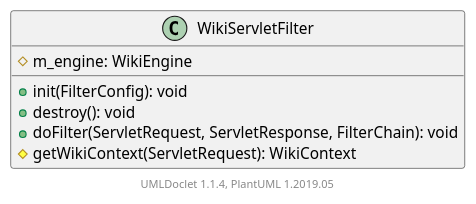
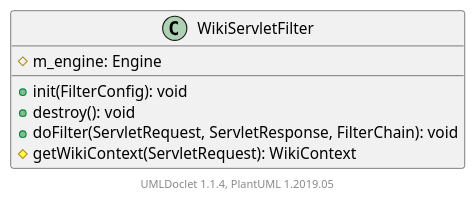
The diagram in apidocs/2.11.0.M7-SNAPSHOT/org/apache/wiki/ui/WikiServletFilter.puml (apache/jspwiki-site), drawn with PlantUML before and after one commit. The commit also changed 1798 other files, not shown here.

```diff
--- a/apidocs/2.11.0.M7-SNAPSHOT/org/apache/wiki/ui/WikiServletFilter.puml
+++ b/apidocs/2.11.0.M7-SNAPSHOT/org/apache/wiki/ui/WikiServletFilter.puml
@@ -1,13 +1,13 @@
 @startuml
 
     class WikiServletFilter [[WikiServletFilter.html]] {
-        #m_engine: WikiEngine
+        #m_engine: Engine
         +init(FilterConfig): void
         +destroy(): void
         +doFilter(ServletRequest, ServletResponse, FilterChain): void
         #getWikiContext(ServletRequest): WikiContext
     }
 
 
     center footer UMLDoclet 1.1.4, PlantUML 1.2019.05
 @enduml
```
